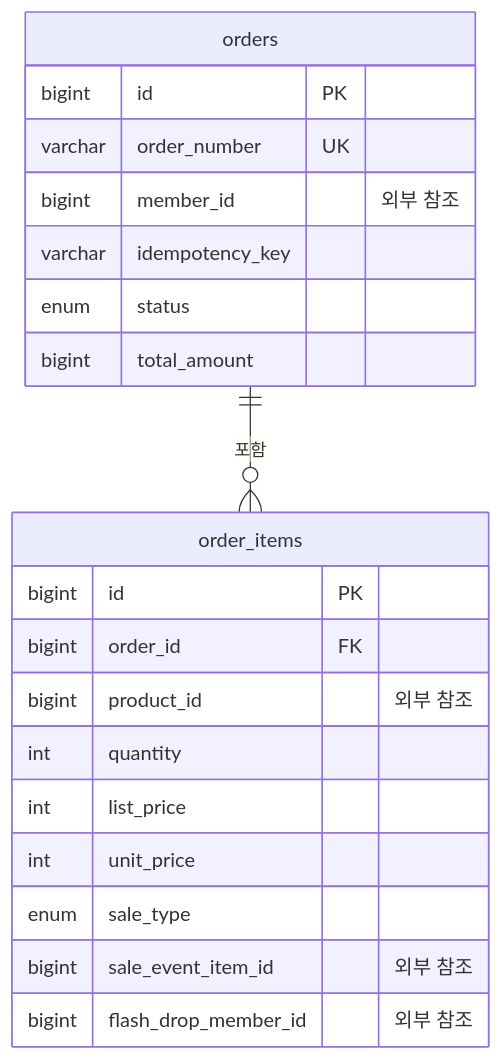
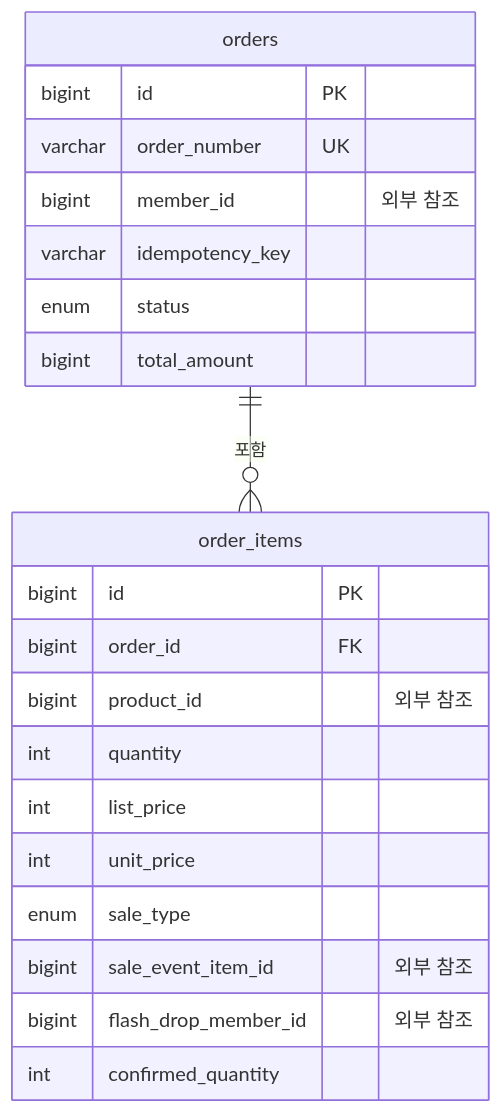
Before and after one commit to OdinAhn/take-care-of-my-fridge: the third of 4 diagrams in docs/database/erd.md, drawn with Mermaid. The commit also changed 3 other files, not shown here.

````diff
--- a/docs/database/erd.md
+++ b/docs/database/erd.md
@@ -140,24 +140,25 @@
 ```mermaid
 erDiagram
     orders ||--o{ order_items : "포함"
 
     orders {
         bigint id PK
         varchar order_number UK
         bigint member_id "외부 참조"
         varchar idempotency_key
         enum status
         bigint total_amount
     }
     order_items {
         bigint id PK
         bigint order_id FK
         bigint product_id "외부 참조"
         int quantity
         int list_price
         int unit_price
         enum sale_type
         bigint sale_event_item_id "외부 참조"
         bigint flash_drop_member_id "외부 참조"
+        int confirmed_quantity
     }
 ```
````
